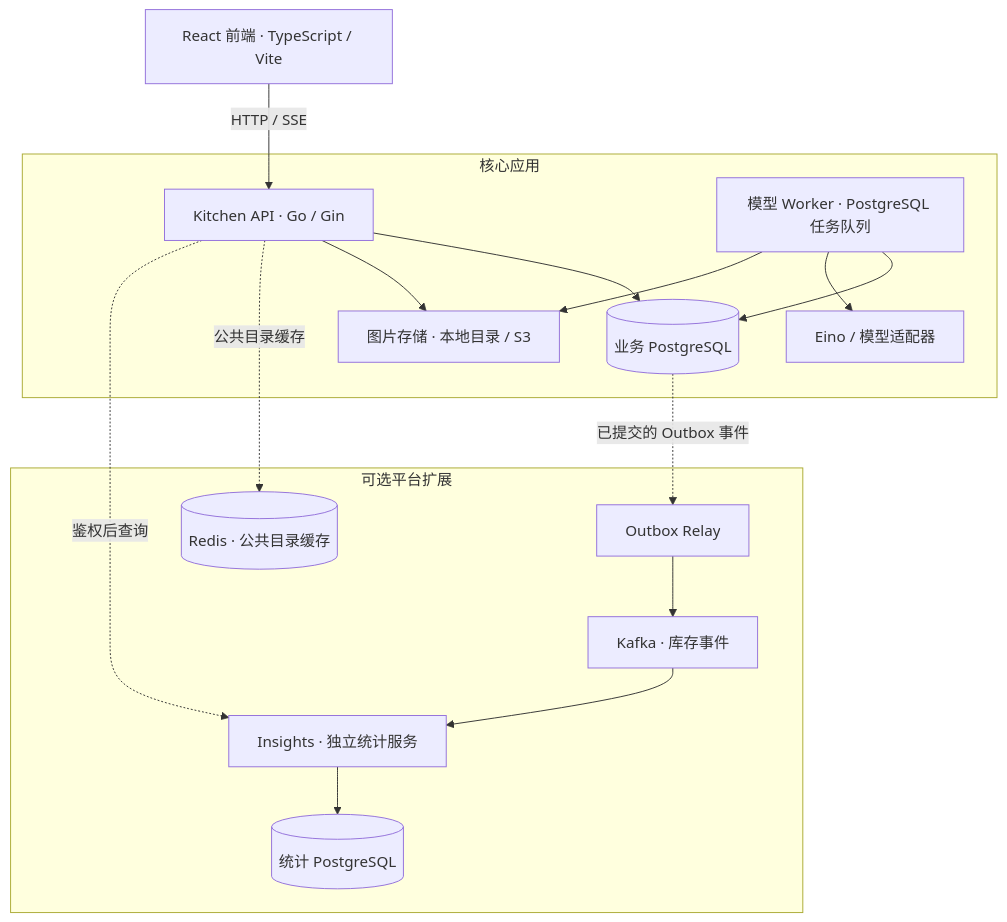
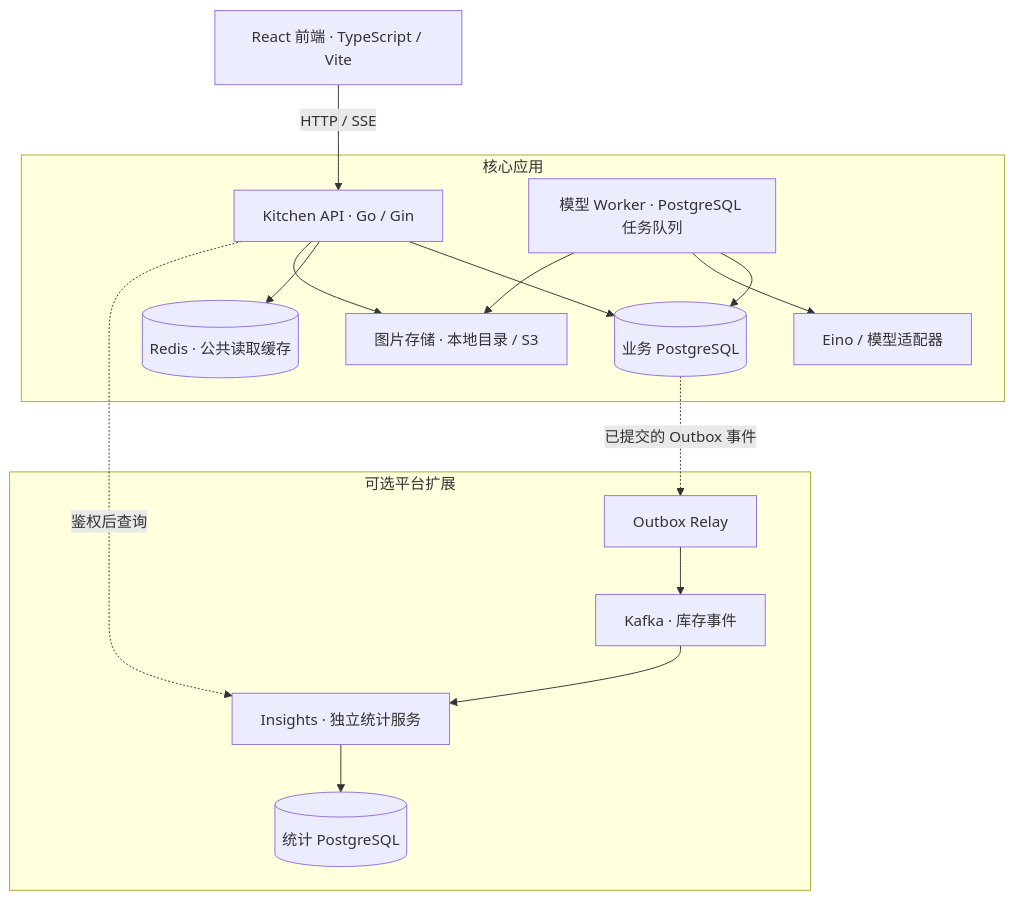
One commit to link1ks/FoodFlow changed the second of 2 diagrams in README.md. Above: the diagram before and after it, drawn with Mermaid. The commit also changed other lines of this file and 32 other files, not shown here.

Commit message:
feat: require Redis for API and cache public reference reads

````diff
--- a/README.md
+++ b/README.md
@@ -106,23 +106,22 @@
 ```mermaid
 flowchart TB
     Web["React 前端 · TypeScript / Vite"] -->|HTTP / SSE| API
 
     subgraph Core["核心应用"]
         API["Kitchen API · Go / Gin"] --> PG[("业务 PostgreSQL")]
+        API --> Redis[("Redis · 公共读取缓存")]
         Worker["模型 Worker · PostgreSQL 任务队列"] --> PG
         Worker --> Model["Eino / 模型适配器"]
         API --> Storage["图片存储 · 本地目录 / S3"]
         Worker --> Storage
     end
 
     subgraph Platform["可选平台扩展"]
-        Redis[("Redis · 公共目录缓存")]
         Relay["Outbox Relay"] --> Kafka["Kafka · 库存事件"]
         Kafka --> Insights["Insights · 独立统计服务"]
         Insights --> IPG[("统计 PostgreSQL")]
     end
 
-    API -. 公共目录缓存 .-> Redis
     PG -. 已提交的 Outbox 事件 .-> Relay
     API -. 鉴权后查询 .-> Insights
 ```
````
